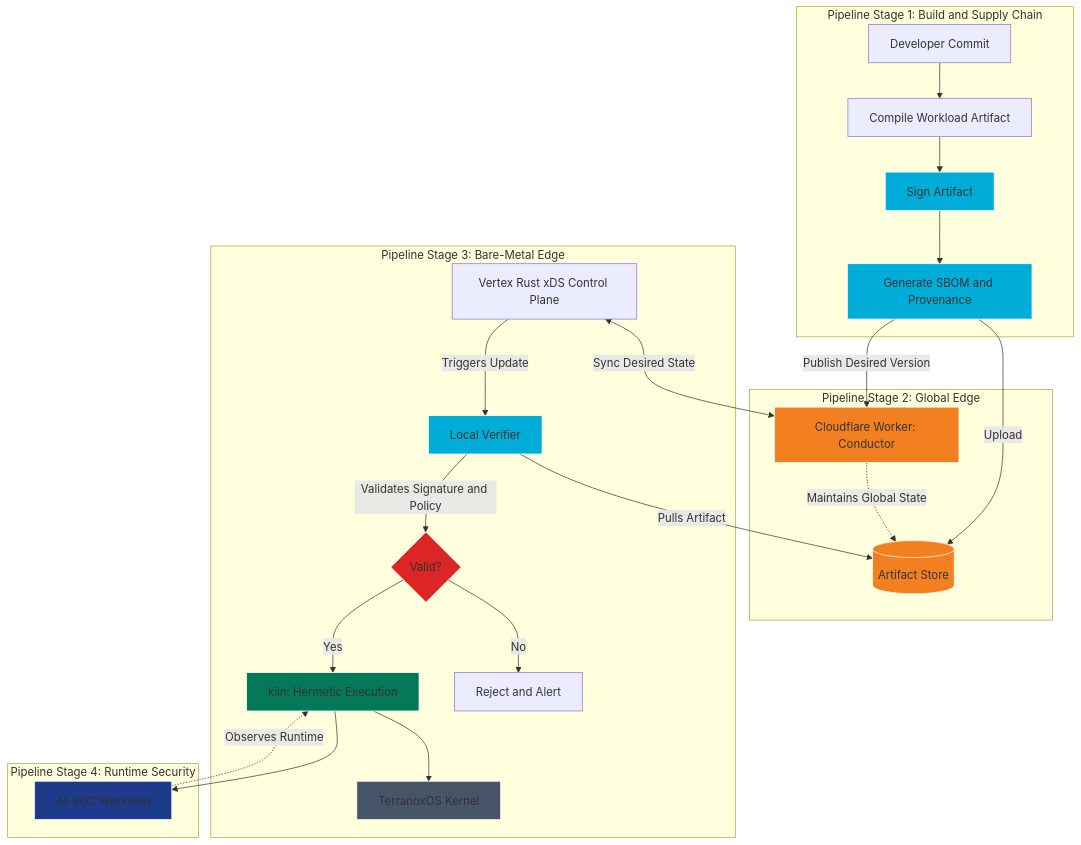
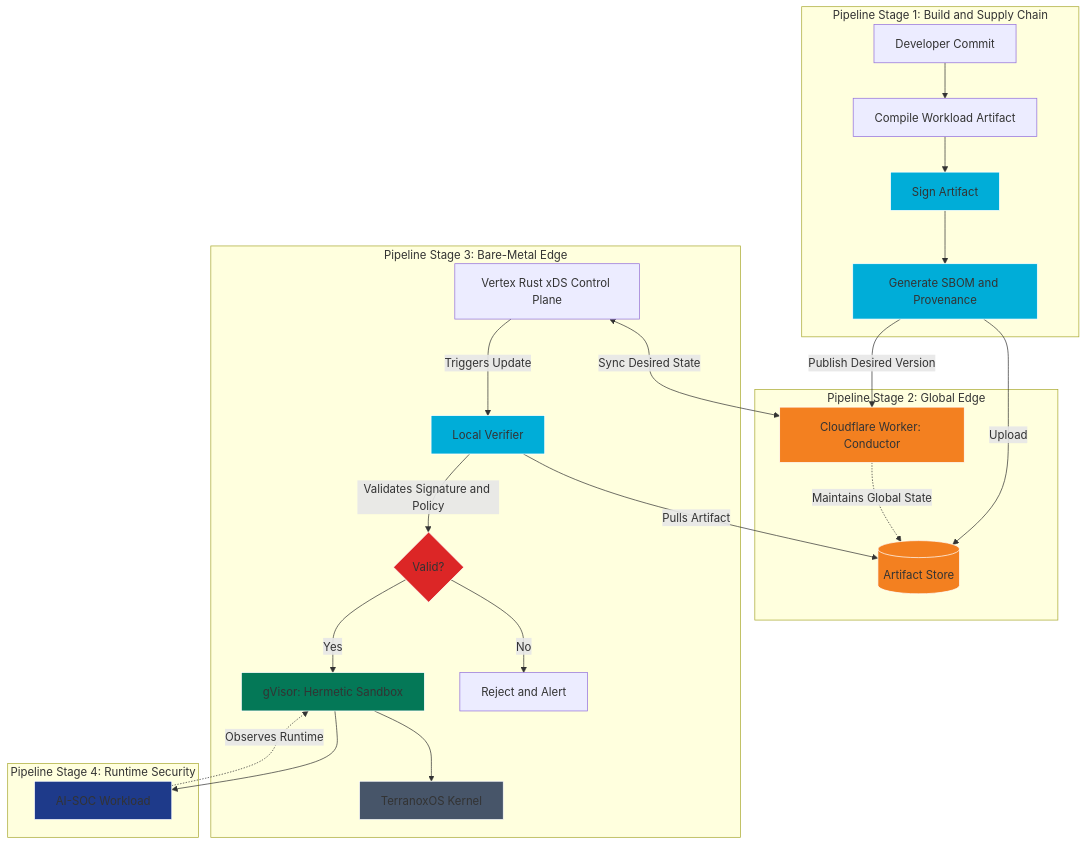
One commit to acald-creator/core-nexus changed the diagram in docs/architecture/09-production-deployment-lifecycle.md. Above: the diagram before and after it, drawn with Mermaid. The commit also changed other lines of this file and 8 other files, not shown here.

Commit message:
docs: pivot phase 2 architecture from custom kiln engine to gVisor runsc

````diff
--- a/docs/architecture/09-production-deployment-lifecycle.md
+++ b/docs/architecture/09-production-deployment-lifecycle.md
@@ -29,39 +29,39 @@
 ```mermaid
 graph TD
     subgraph "Pipeline Stage 1: Build and Supply Chain"
         A[Developer Commit] --> B[Compile Workload Artifact]
         B --> C[Sign Artifact]
         C --> D[Generate SBOM and Provenance]
     end
 
     subgraph "Pipeline Stage 2: Global Edge"
         D -->|Upload| E[(Artifact Store)]
         D -->|Publish Desired Version| F[Cloudflare Worker: Conductor]
         F -.->|Maintains Global State| E
     end
 
     subgraph "Pipeline Stage 3: Bare-Metal Edge"
         G[Vertex Rust xDS Control Plane] <-->|Sync Desired State| F
         G -->|Triggers Update| H[Local Verifier]
         H -->|Pulls Artifact| E
         H -->|Validates Signature and Policy| I{Valid?}
-        I -->|Yes| J[kiln: Hermetic Execution]
+        I -->|Yes| J[gVisor: Hermetic Sandbox]
         I -->|No| K[Reject and Alert]
         J --> L[TerranoxOS Kernel]
     end
 
     subgraph "Pipeline Stage 4: Runtime Security"
         J --> M[AI-SOC Workload]
         M -.->|Observes Runtime| J
     end
 
     style C fill:#00add8,stroke:#fff
     style D fill:#00add8,stroke:#fff
     style E fill:#f38020,stroke:#fff
     style F fill:#f38020,stroke:#fff
     style H fill:#00add8,stroke:#fff
     style I fill:#dc2626,stroke:#fff
     style J fill:#047857,stroke:#fff
     style L fill:#475569,stroke:#fff
     style M fill:#1e3a8a,stroke:#fff
 ```
````
